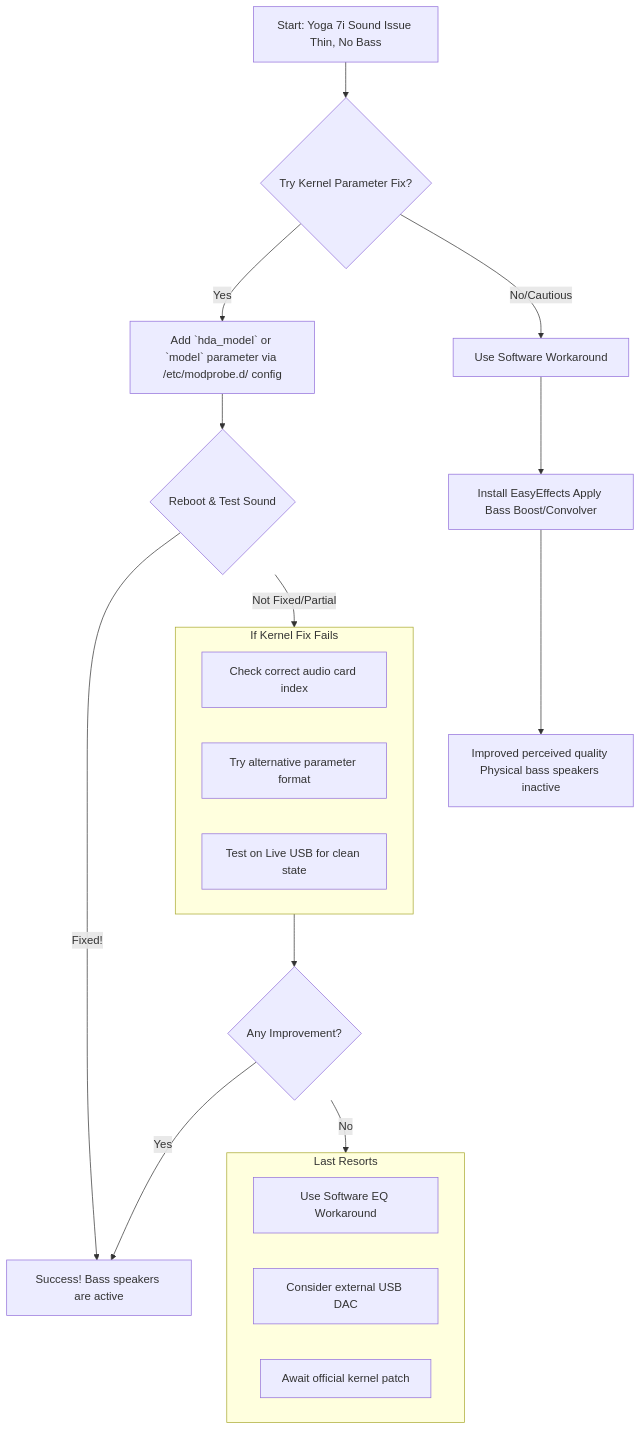
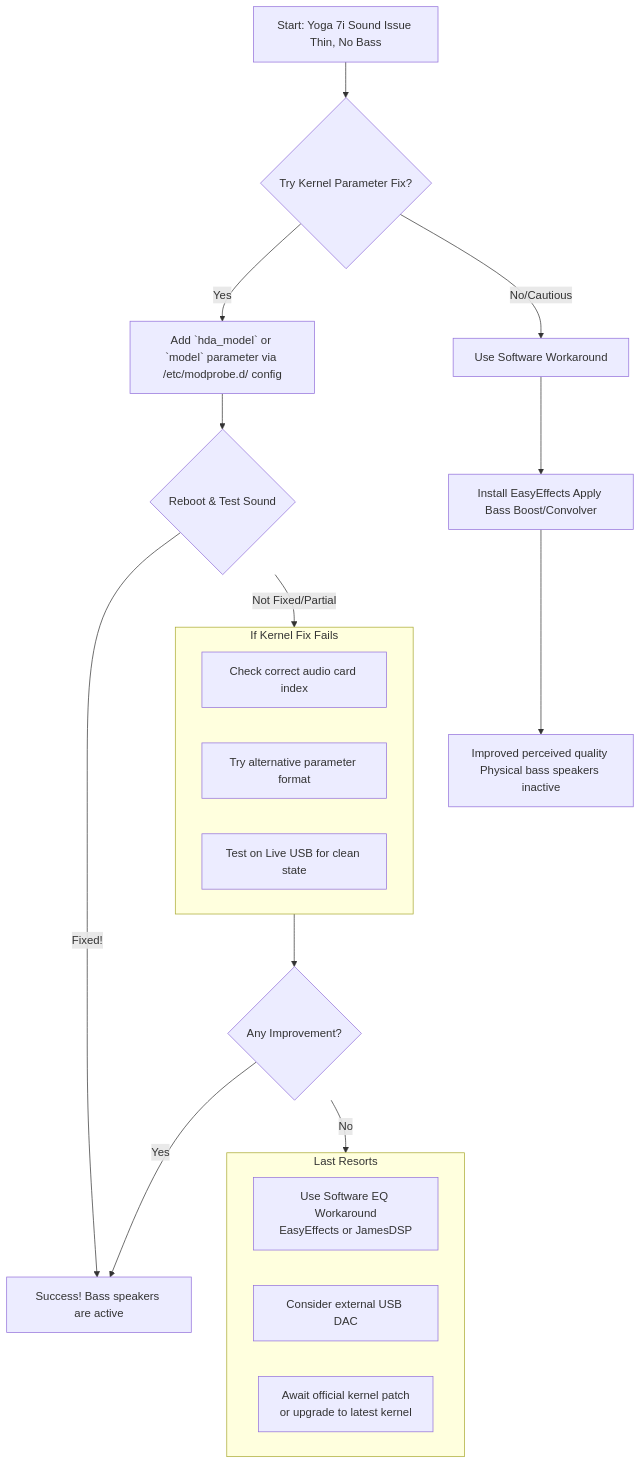
One commit to htghuzaifa2/huzi.pk-web-v2 changed the diagram in src/data/blogs/posts/tech/fedora-lenovo-yoga-sound-fix.md. Above: the diagram before and after it, drawn with Mermaid. The commit also changed other lines of this file and 488 other files, not shown here.

````diff
--- a/src/data/blogs/posts/tech/fedora-lenovo-yoga-sound-fix.md
+++ b/src/data/blogs/posts/tech/fedora-lenovo-yoga-sound-fix.md
@@ -27,31 +205,31 @@
 ```mermaid
 flowchart TD
     A[Start: Yoga 7i Sound Issue Thin, No Bass] --> B{Try Kernel Parameter Fix?}
 
     B -- Yes --> C[Add `hda_model` or `model` parameter via /etc/modprobe.d/ config]
     C --> D{Reboot & Test Sound}
 
     D -- Fixed! --> E[Success! Bass speakers are active]
     D -- Not Fixed/Partial --> F
 
     B -- No/Cautious --> G[Use Software Workaround]
 
     subgraph F [If Kernel Fix Fails]
         F1[Check correct audio card index]
         F2[Try alternative parameter format]
         F3[Test on Live USB for clean state]
     end
 
     F --> H{Any Improvement?}
     H -- Yes --> E
     H -- No --> I
 
     subgraph I [Last Resorts]
-        I1[Use Software EQ Workaround]
+        I1[Use Software EQ Workaround<br>EasyEffects or JamesDSP]
         I2[Consider external USB DAC]
-        I3[Await official kernel patch]
+        I3[Await official kernel patch<br>or upgrade to latest kernel]
     end
 
     G --> J[Install EasyEffects Apply Bass Boost/Convolver]
     J --> K[Improved perceived quality Physical bass speakers inactive]
 ```
````
